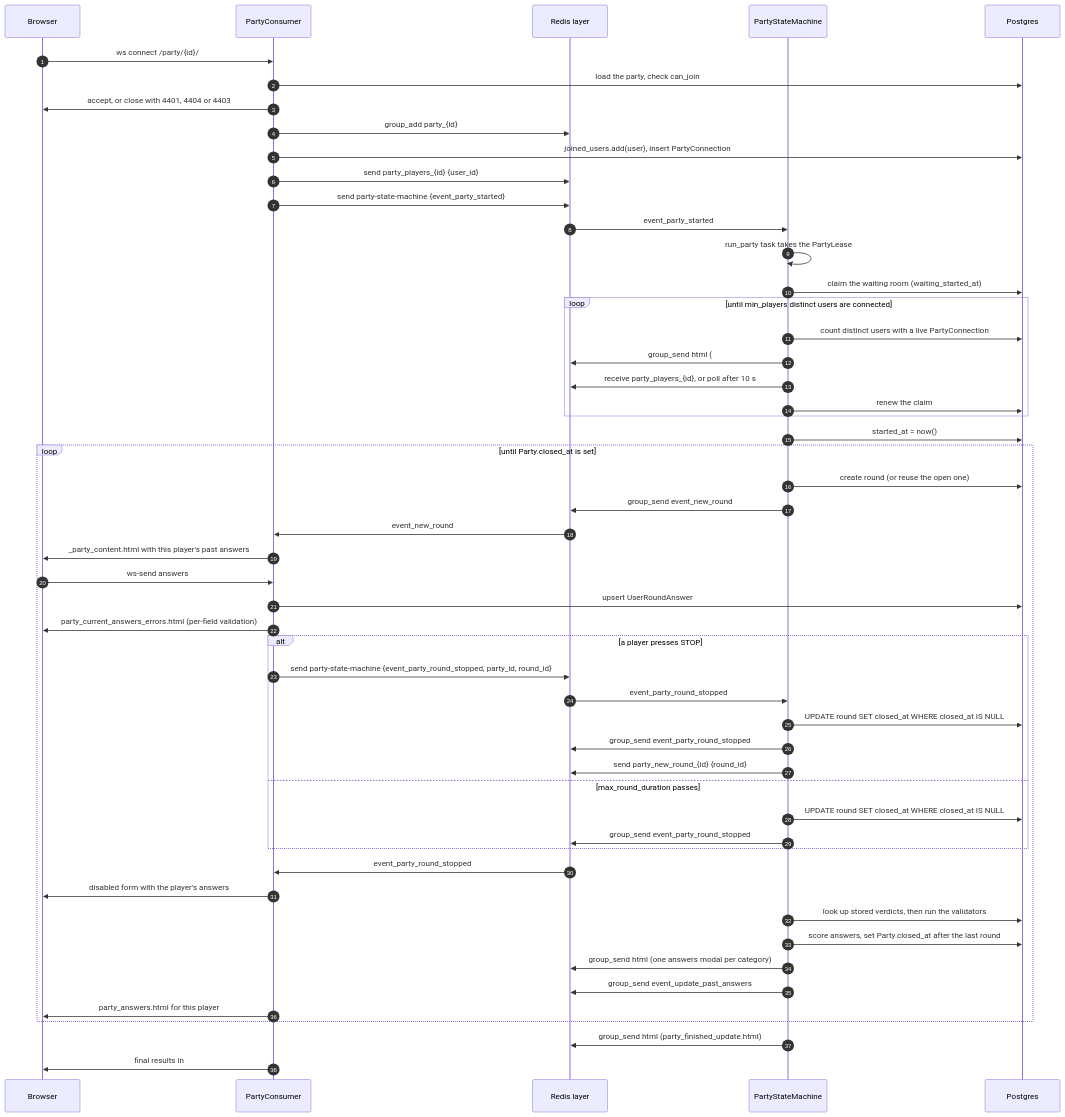
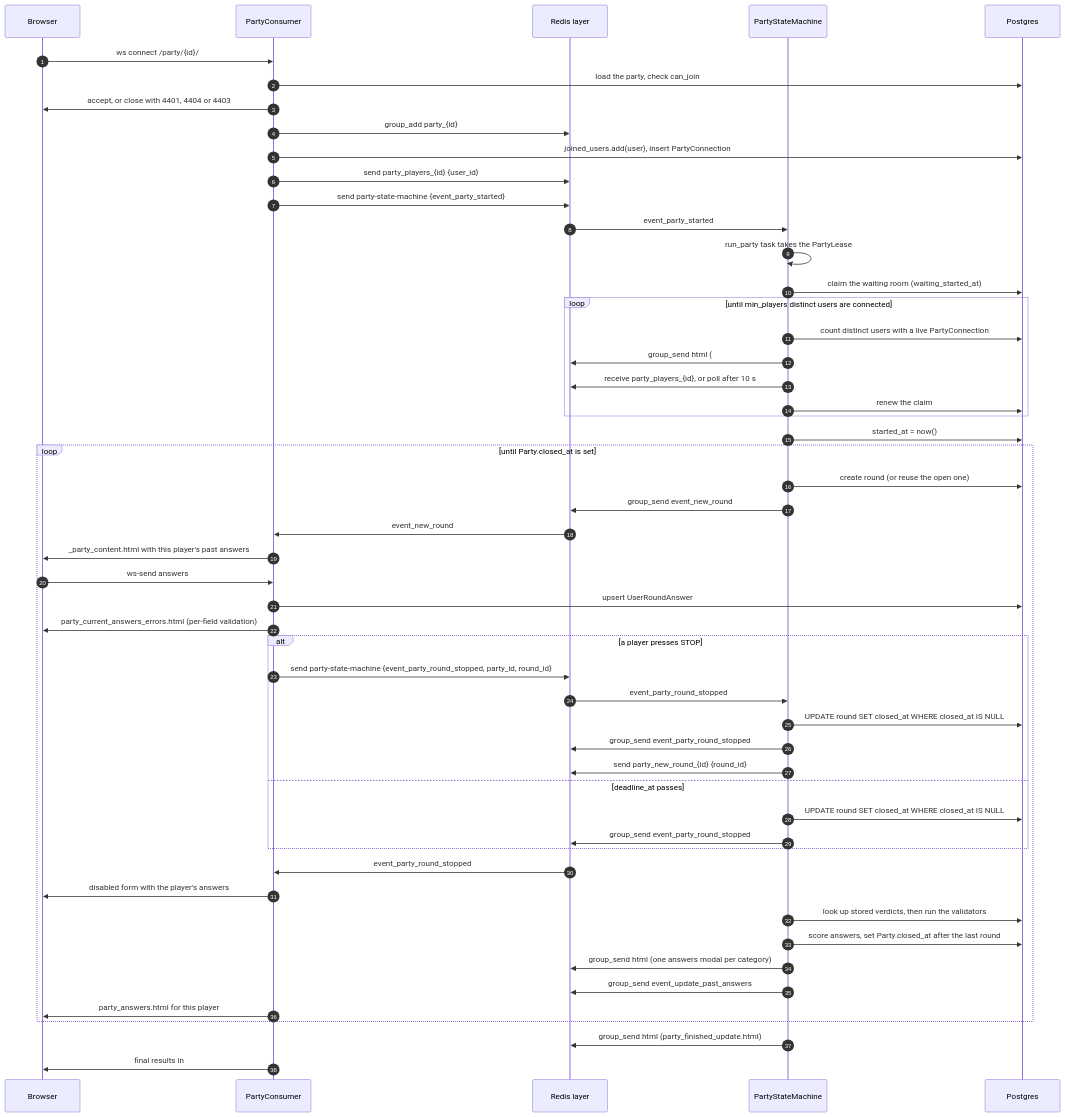
Before and after one commit to DanielGnzlzVll/AACX: the second of 5 diagrams in docs/architecture.md, drawn with Mermaid. The commit also changed other lines of this file and 12 other files, not shown here.

````diff
--- a/docs/architecture.md
+++ b/docs/architecture.md
@@ -160,55 +160,55 @@
 ```mermaid
 sequenceDiagram
     autonumber
     participant B as Browser
     participant C as PartyConsumer
     participant R as Redis layer
     participant SM as PartyStateMachine
     participant DB as Postgres
 
     B->>C: ws connect /party/{id}/
     C->>DB: load the party, check can_join
     C->>B: accept, or close with 4401, 4404 or 4403
     C->>R: group_add party_{id}
     C->>DB: joined_users.add(user), insert PartyConnection
     C->>R: send party_players_{id} {user_id}
     C->>R: send party-state-machine {event_party_started}
     R->>SM: event_party_started
     SM->>SM: run_party task takes the PartyLease
     SM->>DB: claim the waiting room (waiting_started_at)
     loop until min_players distinct users are connected
         SM->>DB: count distinct users with a live PartyConnection
         SM->>R: group_send html (#party_content)
         SM->>R: receive party_players_{id}, or poll after 10 s
         SM->>DB: renew the claim
     end
     SM->>DB: started_at = now()
     loop until Party.closed_at is set
         SM->>DB: create round (or reuse the open one)
         SM->>R: group_send event_new_round
         R->>C: event_new_round
         C->>B: _party_content.html with this player's past answers
         B->>C: ws-send answers
         C->>DB: upsert UserRoundAnswer
         C->>B: party_current_answers_errors.html (per-field validation)
         alt a player presses STOP
             C->>R: send party-state-machine {event_party_round_stopped, party_id, round_id}
             R->>SM: event_party_round_stopped
             SM->>DB: UPDATE round SET closed_at WHERE closed_at IS NULL
             SM->>R: group_send event_party_round_stopped
             SM->>R: send party_new_round_{id} {round_id}
-        else max_round_duration passes
+        else deadline_at passes
             SM->>DB: UPDATE round SET closed_at WHERE closed_at IS NULL
             SM->>R: group_send event_party_round_stopped
         end
         R->>C: event_party_round_stopped
         C->>B: disabled form with the player's answers
         SM->>DB: look up stored verdicts, then run the validators
         SM->>DB: score answers, set Party.closed_at after the last round
         SM->>R: group_send html (one answers modal per category)
         SM->>R: group_send event_update_past_answers
         C->>B: party_answers.html for this player
     end
     SM->>R: group_send html (party_finished_update.html)
     C->>B: final results in #party_current_answers and #party_reports
 ```
````
